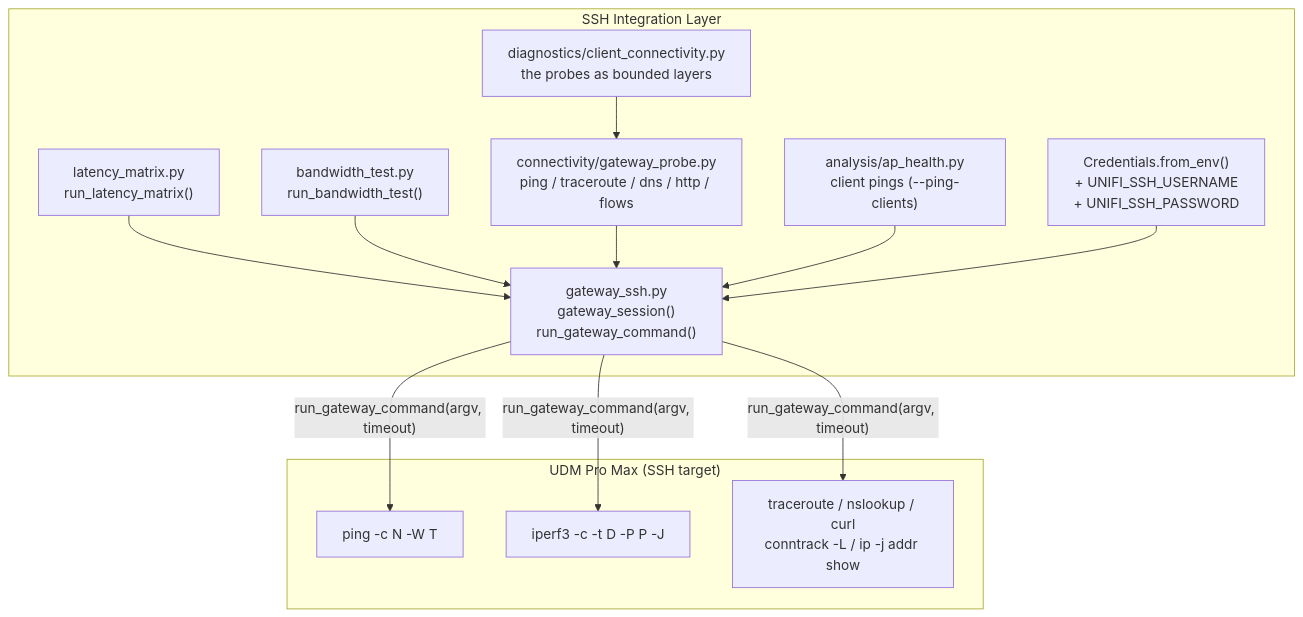
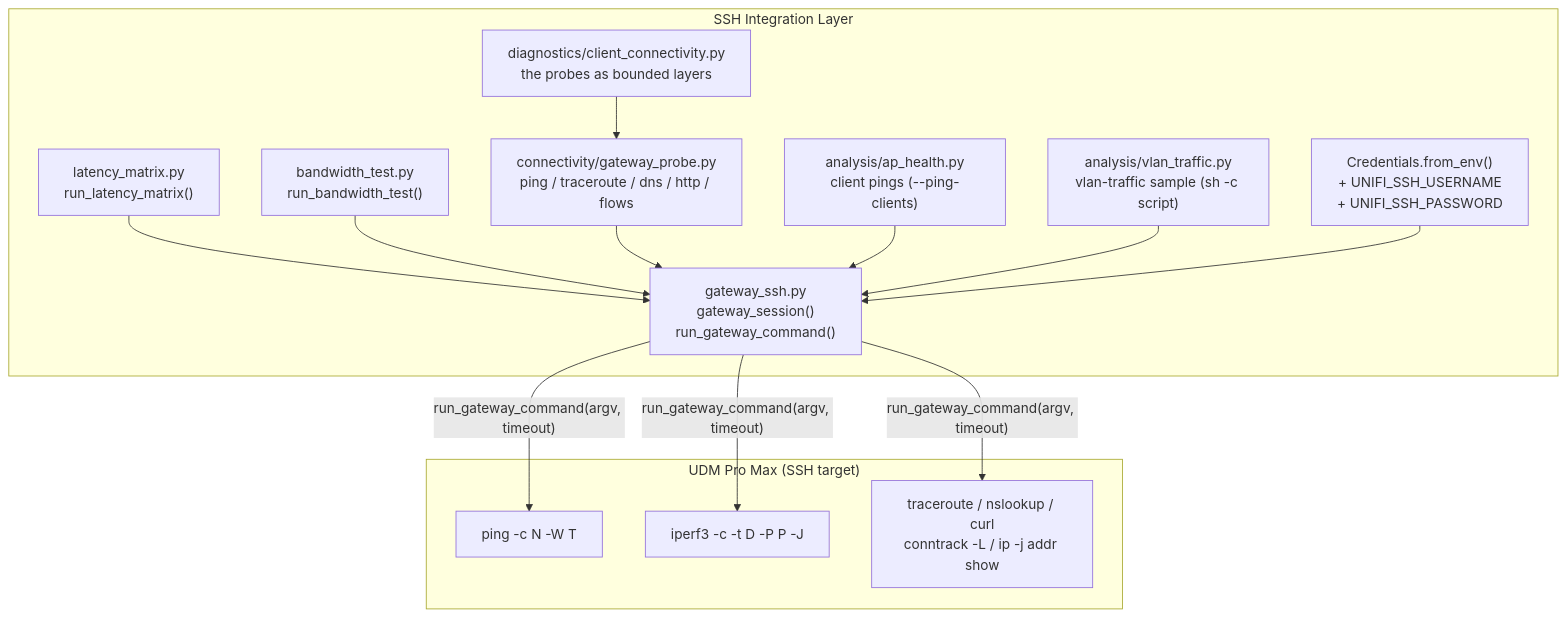
One commit to NetDevAutomate/unifi_management_cli changed diagram 13 of 21 in docs/architecture/architecture-overview.md. Above: the diagram before and after it, drawn with Mermaid. The commit also changed other lines of this file and 19 other files, not shown here.

First line of the commit message:
feat(vlan-traffic): add the per-VLAN collector, store and reports

````diff
--- a/docs/architecture/architecture-overview.md
+++ b/docs/architecture/architecture-overview.md
@@ -926,28 +939,30 @@
 ```mermaid
 graph TD
     subgraph ssh_layer["SSH Integration Layer"]
         LM["latency_matrix.py\nrun_latency_matrix()"]
         BW["bandwidth_test.py\nrun_bandwidth_test()"]
         GP["connectivity/gateway_probe.py\nping / traceroute / dns / http / flows"]
         CC["diagnostics/client_connectivity.py\nthe probes as bounded layers"]
         AHS["analysis/ap_health.py\nclient pings (--ping-clients)"]
+        VT["analysis/vlan_traffic.py\nvlan-traffic sample (sh -c script)"]
         GS["gateway_ssh.py\ngateway_session()\nrun_gateway_command()"]
         CREDS["Credentials.from_env()\n+ UNIFI_SSH_USERNAME\n+ UNIFI_SSH_PASSWORD"]
     end
 
     subgraph gateway["UDM Pro Max (SSH target)"]
         PING["ping -c N -W T <ip>"]
         IPERF["iperf3 -c <ip> -t D -P P -J"]
         PROBES["traceroute / nslookup / curl\nconntrack -L / ip -j addr show"]
     end
 
     LM --> GS
     BW --> GS
     GP --> GS
     CC --> GP
     AHS --> GS
+    VT --> GS
     GS -->|"run_gateway_command(argv, timeout)"| PING
     GS -->|"run_gateway_command(argv, timeout)"| IPERF
     GS -->|"run_gateway_command(argv, timeout)"| PROBES
     CREDS --> GS
 ```
````
